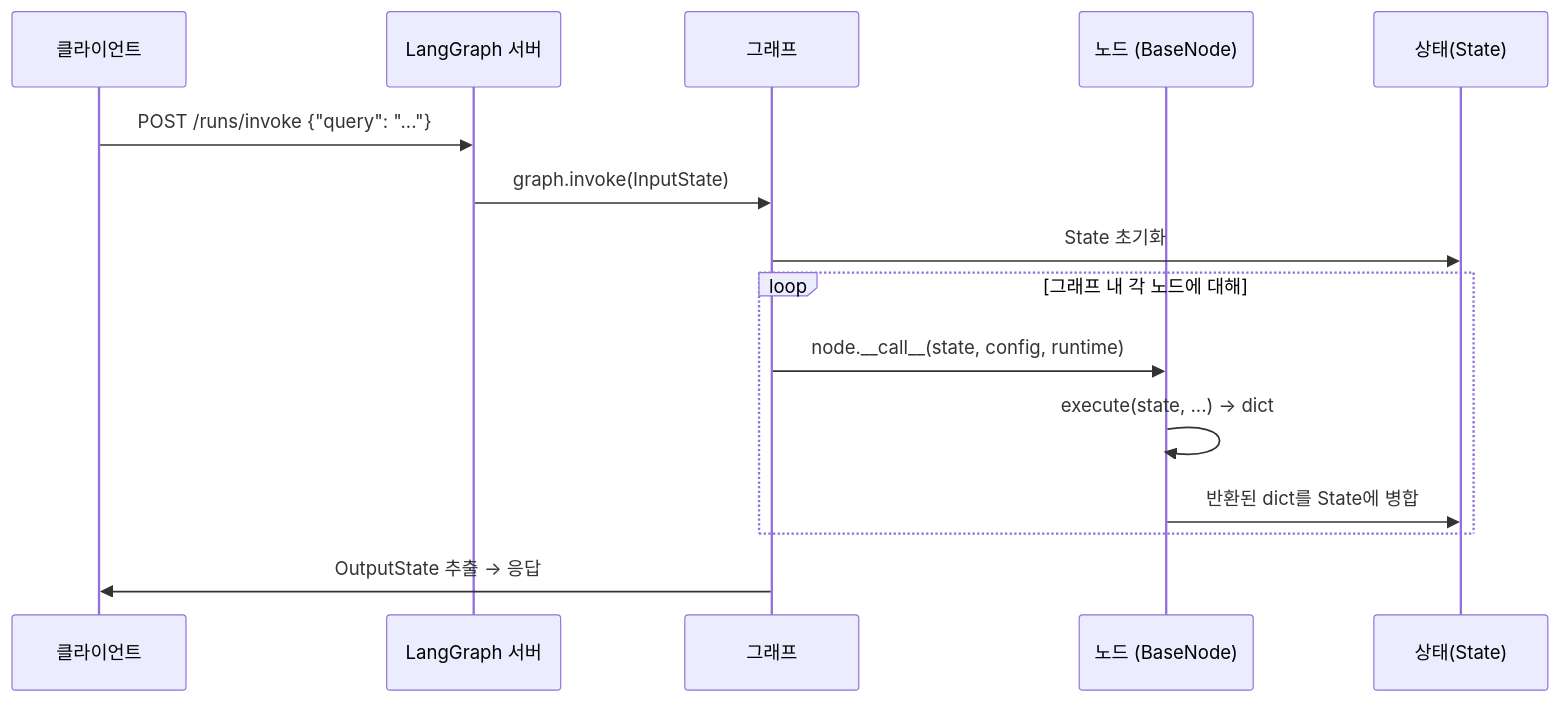
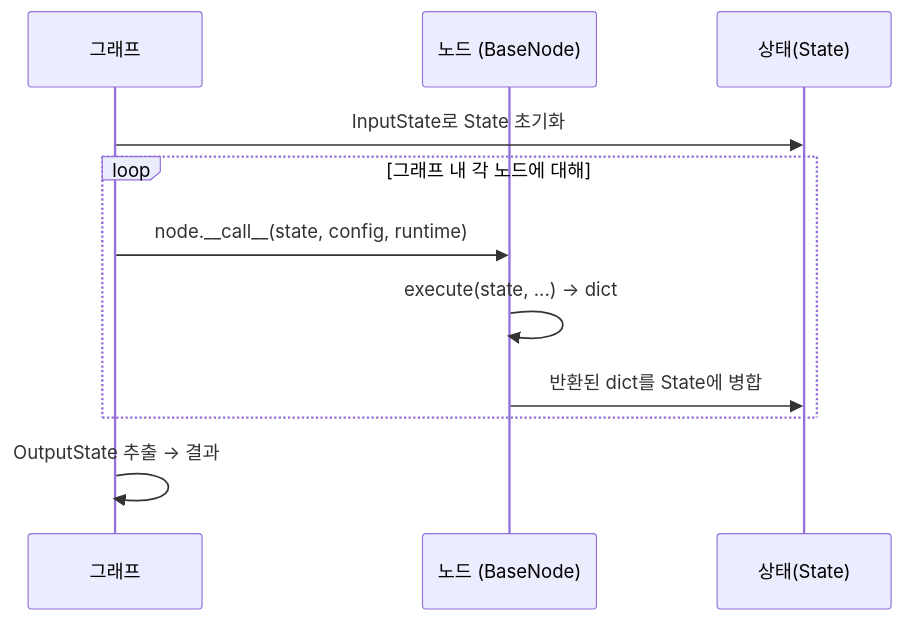
Before and after one commit to Proact0/act-operator: the second of 3 diagrams in README_KR.md, drawn with Mermaid. The commit also changed 1 other file, not shown here.

Commit message:
docs: update sequence diagram in README to clarify state initialization and output extraction

````diff
--- a/README_KR.md
+++ b/README_KR.md
@@ -208,18 +208,14 @@
 ```mermaid
 sequenceDiagram
-    participant C as 클라이언트
-    participant LS as LangGraph 서버
     participant G as 그래프
     participant N as 노드 (BaseNode)
     participant St as 상태(State)
 
-    C->>LS: POST /runs/invoke {"query": "..."}
-    LS->>G: graph.invoke(InputState)
-    G->>St: State 초기화
+    G->>St: InputState로 State 초기화
     loop 그래프 내 각 노드에 대해
         G->>N: node.__call__(state, config, runtime)
         N->>N: execute(state, ...) → dict
         N->>St: 반환된 dict를 State에 병합
     end
-    G->>C: OutputState 추출 → 응답
+    G->>G: OutputState 추출 → 결과
 ```
````
